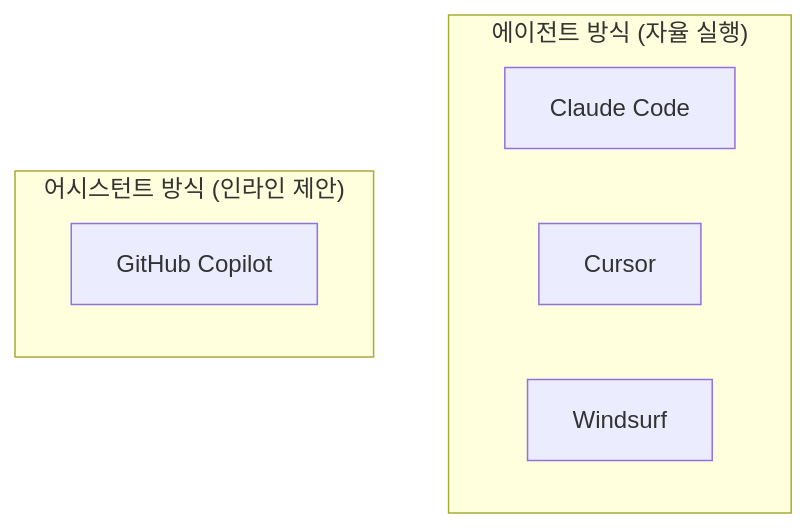
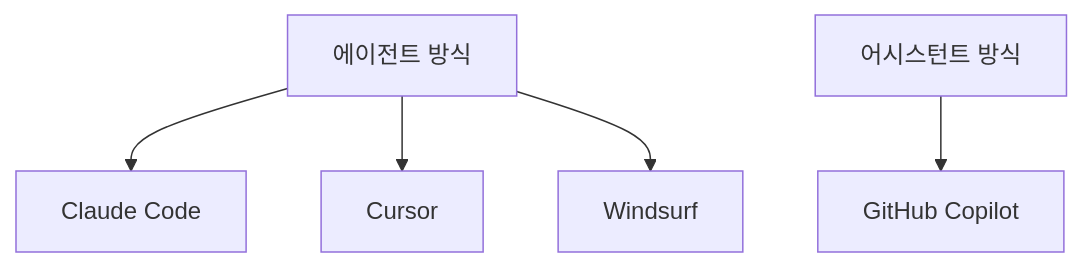
Before and after one commit to yjkim2015/yjkim2015.github.io: the first of 2 diagrams in _posts/ai/2026-05-01-ai-tools.md, drawn with Mermaid. The commit also changed 155 other files, not shown here.

First line of the commit message:
Mermaid 전면 수정: subgraph 제거, participant/노드/줄수 축소 (342블록)

````diff
--- a/_posts/ai/2026-05-01-ai-tools.md
+++ b/_posts/ai/2026-05-01-ai-tools.md
@@ -97,11 +97,7 @@
 ```mermaid
 graph TD
-    subgraph "에이전트 방식 (자율 실행)"
-        CC["Claude Code"]
-        CUR["Cursor"]
-        WIND["Windsurf"]
-    end
-    subgraph "어시스턴트 방식 (인라인 제안)"
-        COPILOT["GitHub Copilot"]
-    end
+    A["에이전트 방식"] --> CC["Claude Code"]
+    A --> CUR["Cursor"]
+    A --> WIND["Windsurf"]
+    B["어시스턴트 방식"] --> COPILOT["GitHub Copilot"]
 ```
````
